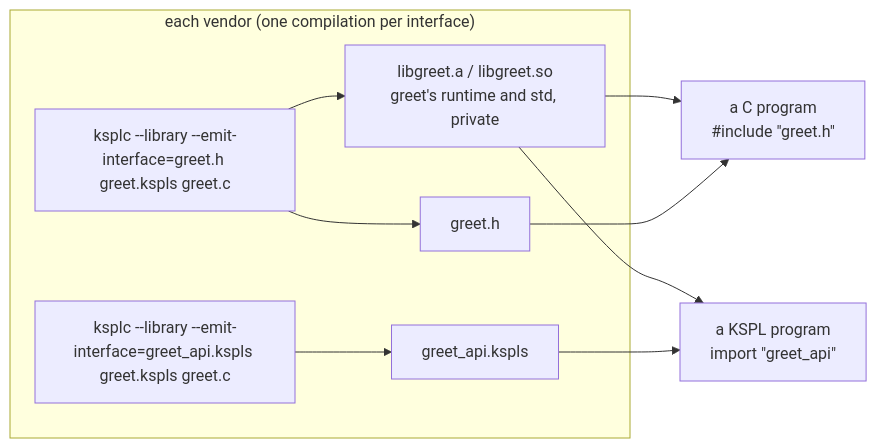
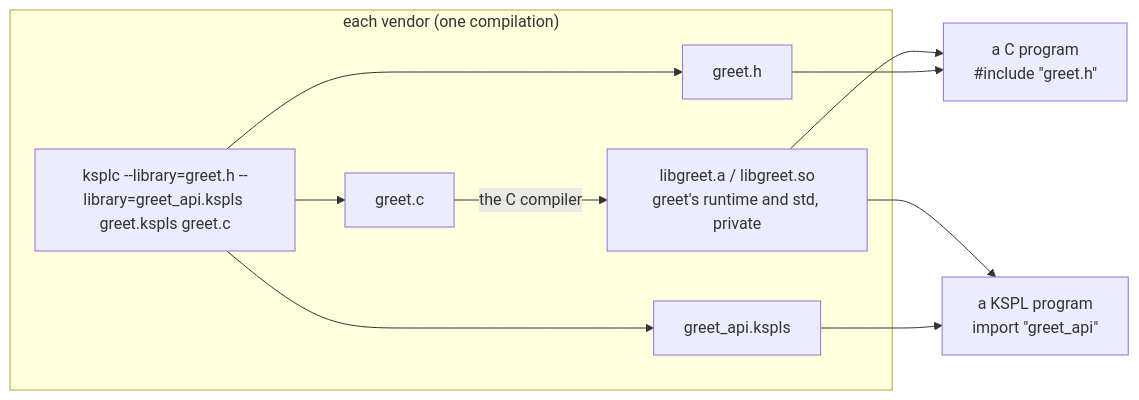
One commit to kansosystem-org/kspl-experimental changed the third of 4 diagrams in ksplc/docs/SPEC-tools.md. Above: the diagram before and after it, drawn with Mermaid. The commit also changed other lines of this file and 441 other files, not shown here.

````diff
--- a/ksplc/docs/SPEC-tools.md
+++ b/ksplc/docs/SPEC-tools.md
@@ -470,12 +469,13 @@
 ```mermaid
 flowchart LR
-    subgraph V["each vendor (one compilation per interface)"]
-        G["ksplc --library --emit-interface=greet.h greet.kspls greet.c"] --> GA["libgreet.a / libgreet.so<br/>greet's runtime and std, private"]
-        G --> GH["greet.h"]
-        K["ksplc --library --emit-interface=greet_api.kspls greet.kspls greet.c"] --> GK["greet_api.kspls"]
+    subgraph V["each vendor (one compilation)"]
+        G["ksplc --library=greet.h --library=greet_api.kspls greet.kspls greet.c"] --> GH["greet.h"]
+        G --> GK["greet_api.kspls"]
+        G --> GC["greet.c"]
+        GC -->|"the C compiler"| GA["libgreet.a / libgreet.so<br/>greet's runtime and std, private"]
     end
     GA --> C["a C program<br/>#include &quot;greet.h&quot;"]
     GH --> C
     GA --> P["a KSPL program<br/>import &quot;greet_api&quot;"]
     GK --> P
 ```
````
